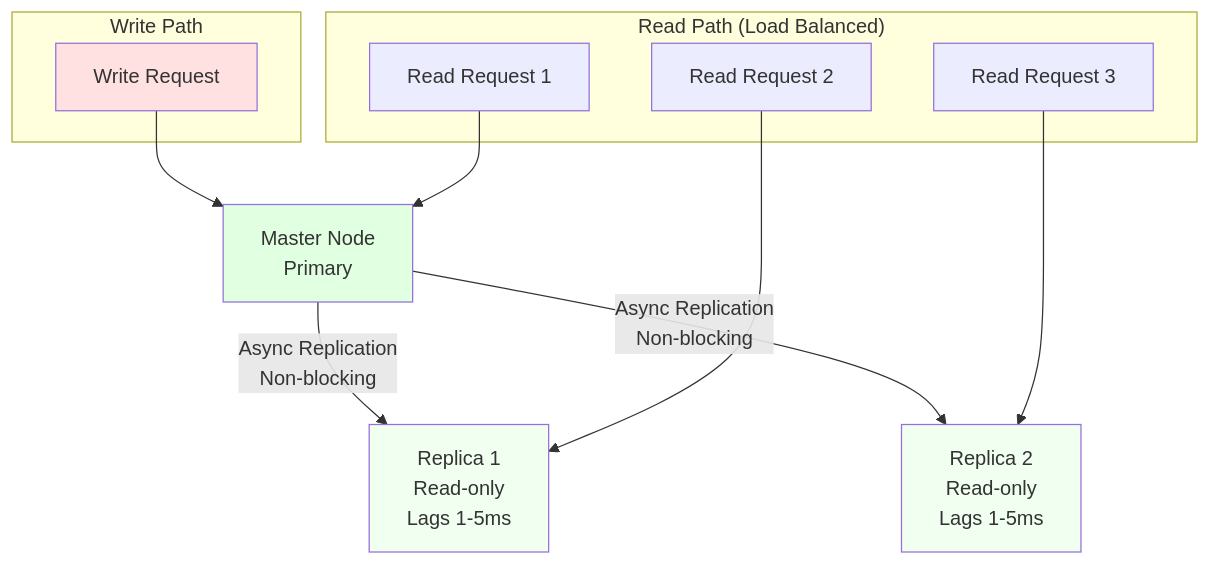
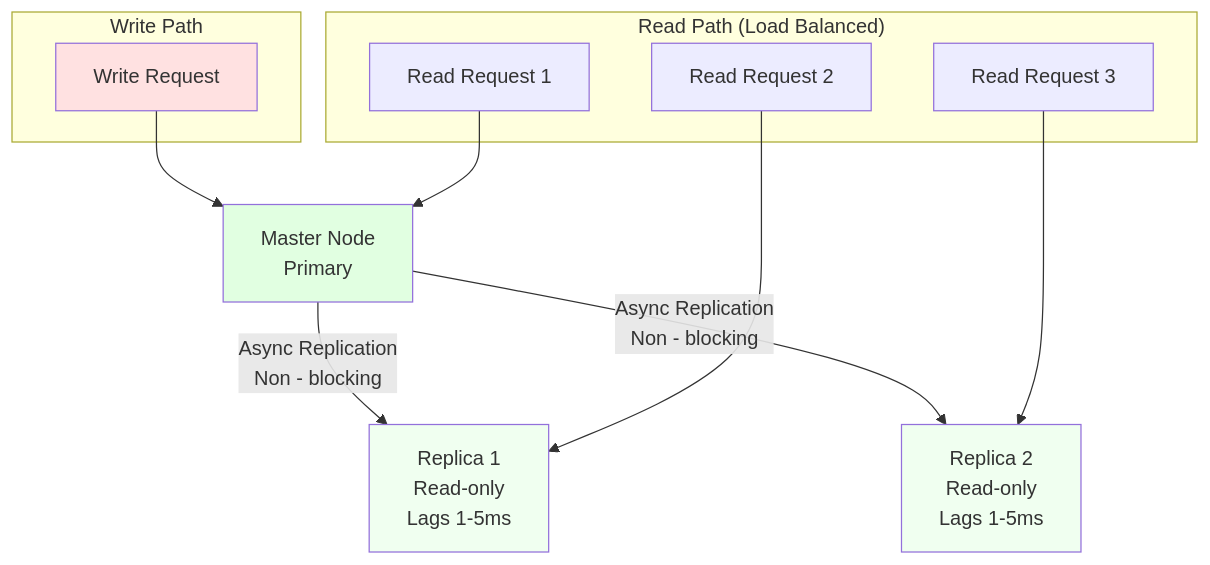
One commit to piyush7199/hld-architecture-handbook changed the third of 13 diagrams in 03-challenges/3.1.2-distributed-cache/hld-diagram.md. Above: the diagram before and after it, drawn with Mermaid. The commit also changed other lines of this file and 12 other files, not shown here.

````diff
--- a/03-challenges/3.1.2-distributed-cache/hld-diagram.md
+++ b/03-challenges/3.1.2-distributed-cache/hld-diagram.md
@@ -175,26 +171,24 @@
 ```mermaid
 graph TB
     subgraph "Write Path"
         WriteReq[Write Request]
     end
-    
+
     WriteReq --> Master[Master Node<br/>Primary]
-    
-    Master -->|Async Replication<br/>Non-blocking| Replica1[Replica 1<br/>Read-only<br/>Lags 1-5ms]
-    Master -->|Async Replication<br/>Non-blocking| Replica2[Replica 2<br/>Read-only<br/>Lags 1-5ms]
-    
+    Master -->|Async Replication<br/>Non - blocking| Replica1[Replica 1<br/>Read-only<br/>Lags 1-5ms]
+    Master -->|Async Replication<br/>Non - blocking| Replica2[Replica 2<br/>Read-only<br/>Lags 1-5ms]
+
     subgraph "Read Path (Load Balanced)"
         ReadReq1[Read Request 1]
         ReadReq2[Read Request 2]
         ReadReq3[Read Request 3]
     end
-    
+
     ReadReq1 --> Master
     ReadReq2 --> Replica1
     ReadReq3 --> Replica2
-    
-    style Master fill:#e1ffe1
-    style Replica1 fill:#f0fff0
-    style Replica2 fill:#f0fff0
-    style WriteReq fill:#ffe1e1
+    style Master fill: #e1ffe1
+    style Replica1 fill: #f0fff0
+    style Replica2 fill: #f0fff0
+    style WriteReq fill: #ffe1e1
 ```
````
